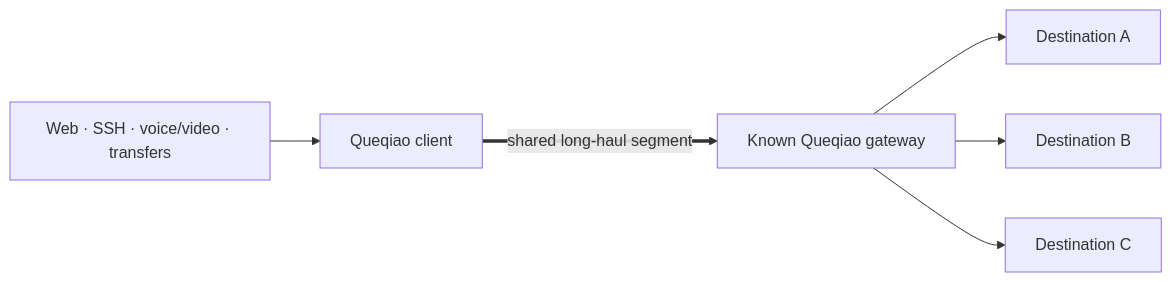
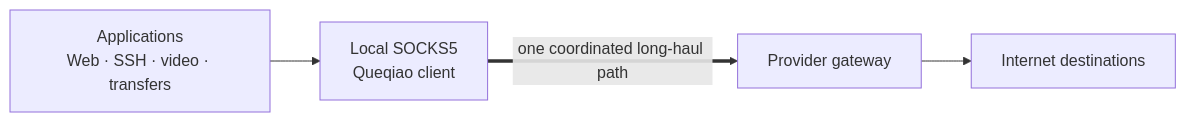
The diagram in README.md (4fuu/niulang), drawn with Mermaid before and after one commit. The commit also changed other lines of this file, not shown here.

````diff
--- a/README.md
+++ b/README.md
@@ -43,8 +71,6 @@
 ```mermaid
 flowchart LR
-    A[Web · SSH · voice/video · transfers] --> C[Queqiao client]
-    C ==>|shared long-haul segment| G[Known Queqiao gateway]
-    G --> D1[Destination A]
-    G --> D2[Destination B]
-    G --> D3[Destination C]
+    A[Applications<br/>Web · SSH · video · transfers] --> B[Local SOCKS5<br/>Queqiao client]
+    B ==>|one coordinated long-haul path| C[Provider gateway]
+    C --> D[Internet destinations]
 ```
````
